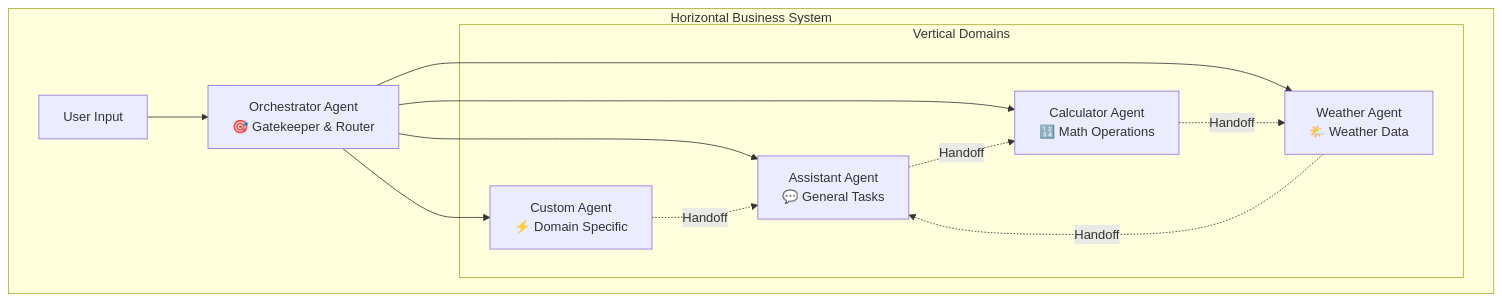
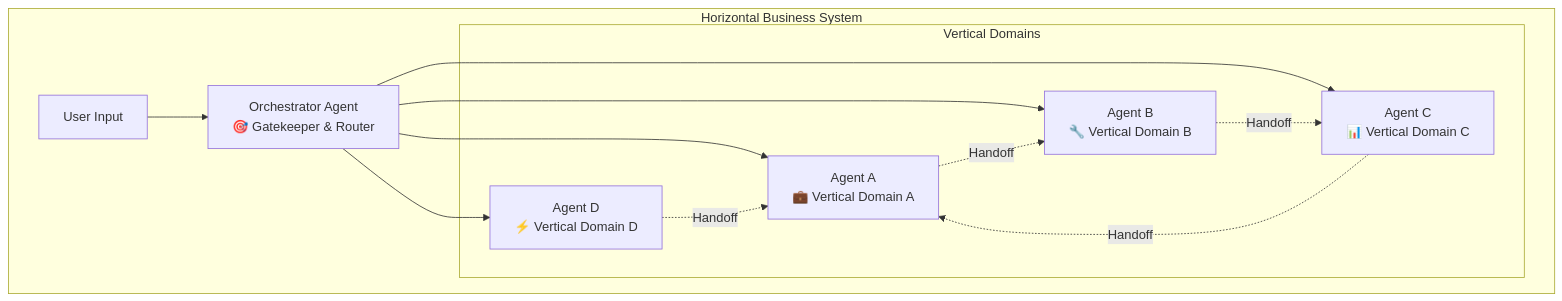
Before and after one commit to mkuchak/ai-agents: the first of 5 diagrams in packages/ai-agents/README.md, drawn with Mermaid. The commit also changed other lines of this file, not shown here.

First line of the commit message:
docs(ai-agents): update agent names and enhance documentation

````diff
--- a/packages/ai-agents/README.md
+++ b/packages/ai-agents/README.md
@@ -15,24 +15,24 @@
 ```mermaid
 graph TB
     subgraph "Horizontal Business System"
         O[Orchestrator Agent<br/>🎯 Gatekeeper & Router]
         
         subgraph "Vertical Domains"
-            A1[Assistant Agent<br/>💬 General Tasks]
-            A2[Calculator Agent<br/>🔢 Math Operations]
-            A3[Weather Agent<br/>🌤️ Weather Data]
-            A4[Custom Agent<br/>⚡ Domain Specific]
+            A1[Agent A<br/>💼 Vertical Domain A]
+            A2[Agent B<br/>🔧 Vertical Domain B]
+            A3[Agent C<br/>📊 Vertical Domain C]
+            A4[Agent D<br/>⚡ Vertical Domain D]
         end
         
         U[User Input] --> O
         O --> A1
         O --> A2  
         O --> A3
         O --> A4
         
         A1 -.->|Handoff| A2
         A2 -.->|Handoff| A3
         A3 -.->|Handoff| A1
         A4 -.->|Handoff| A1
     end
 ```
````
